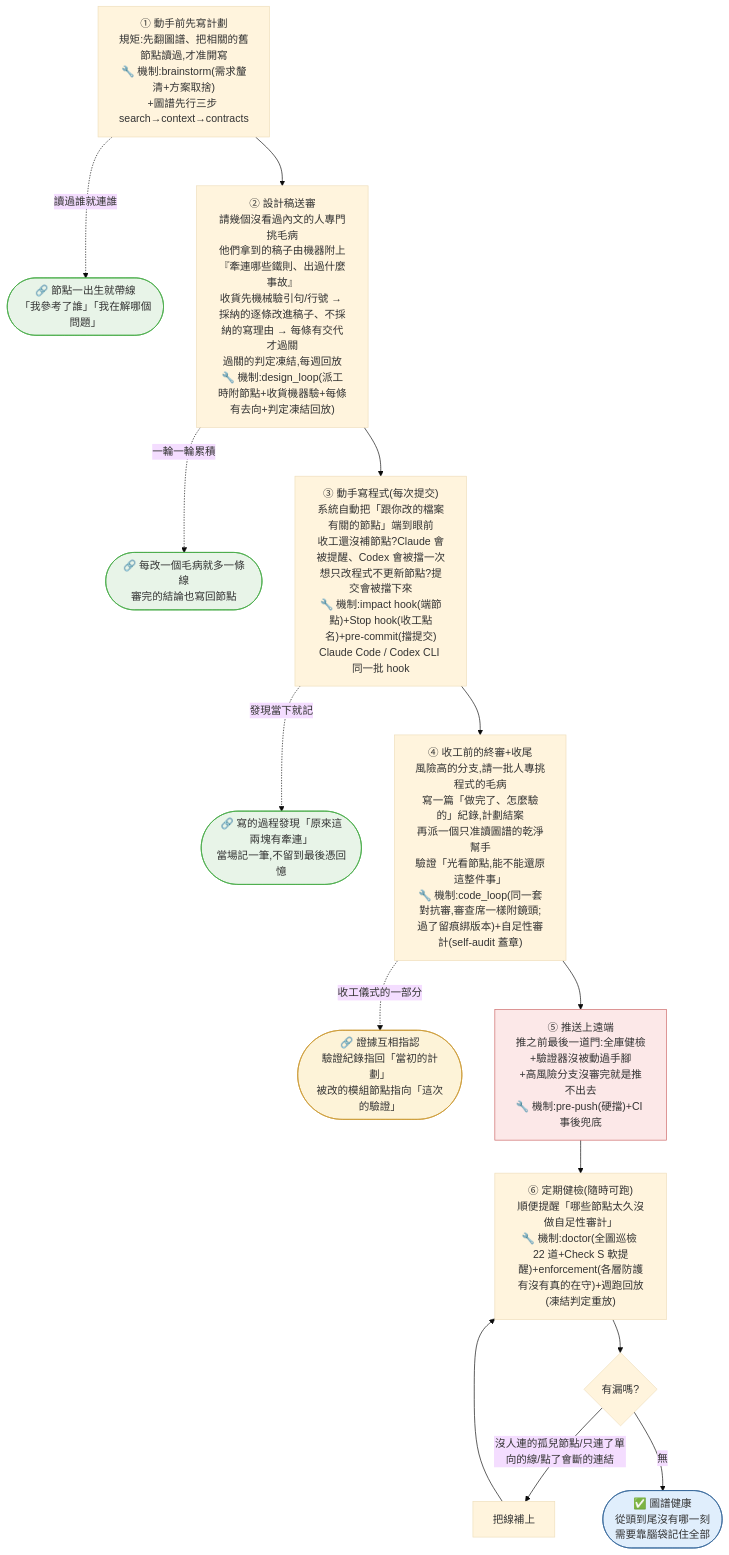
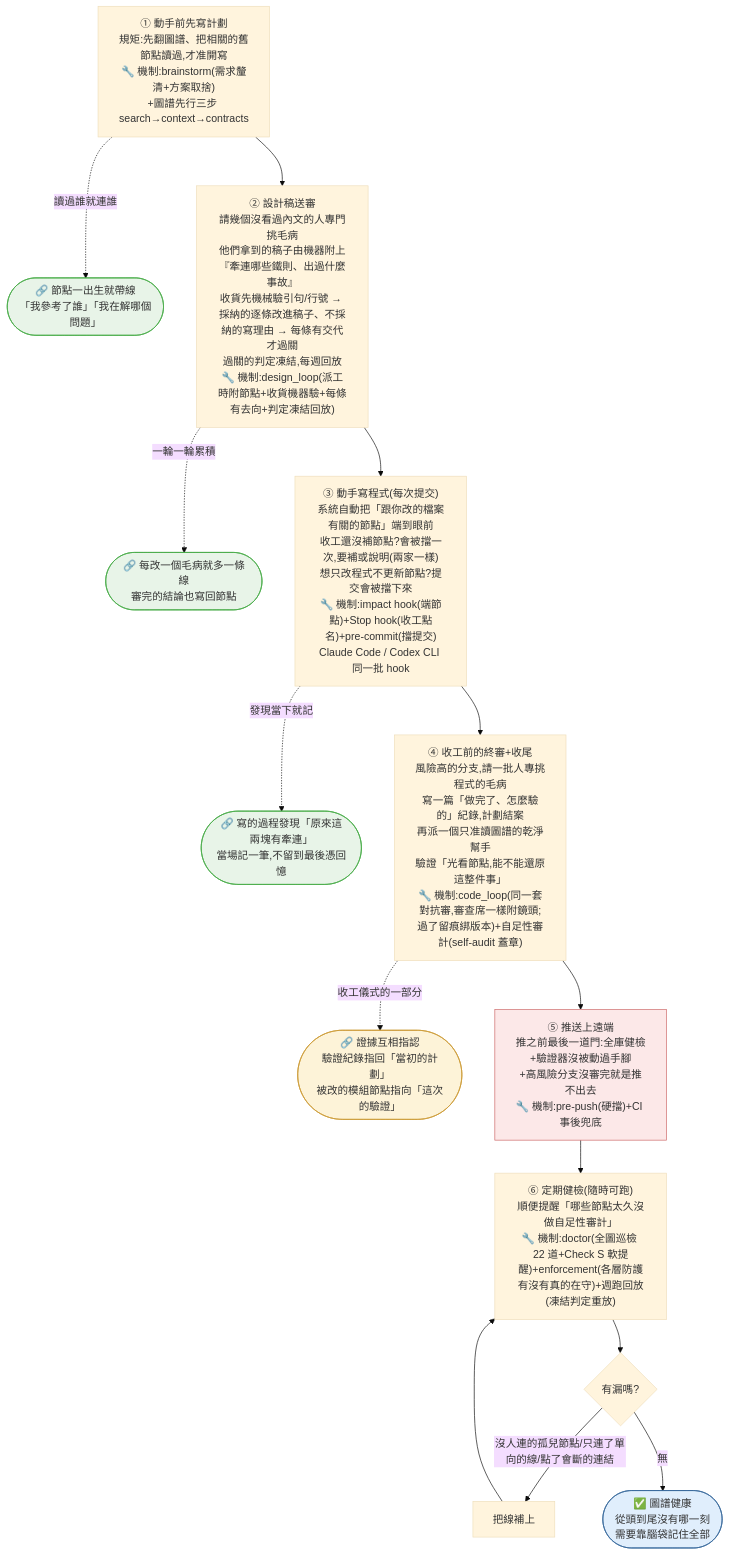
One commit to EnzoHsieh-Android/Lumos changed the diagram in docs/lumos-toolchain-knowledge/Systems/開發工作流總覽.md. Above: the diagram before and after it, drawn with Mermaid (base theme). The commit also changed other lines of this file and 20 other files, not shown here.

First line of the commit message:
fix+docs(README 審視五修): ①pre-commit/post-commit 認 shebang 腳本(scripts/lumos 五月起 26 次漏過)②收工擋一次兩家一致(Claude 舊 stderr 提醒官方文件明講模型看不到)③自主迴圈暫停派工(七週收斂 0、每週 210–330 美元;LUMOS_AUTOLOOP=1 開回)④README 中英補「成本與界線」一節⑤enforcement Codex 字句;文件與圖譜同步、兩條決策入帳

````diff
--- a/docs/lumos-toolchain-knowledge/Systems/開發工作流總覽.md
+++ b/docs/lumos-toolchain-knowledge/Systems/開發工作流總覽.md
@@ -34,34 +34,34 @@
 ```mermaid
 flowchart TD
     A["① 動手前先寫計劃<br/>規矩:先翻圖譜、把相關的舊節點讀過,才准開寫<br/>🔧 機制:brainstorm(需求釐清+方案取捨)<br/>+圖譜先行三步 search→context→contracts"]
     A1(["🔗 節點一出生就帶線<br/>「我參考了誰」「我在解哪個問題」"])
     A -.->|讀過誰就連誰| A1
 
     A --> B["② 設計稿送審<br/>請幾個沒看過內文的人專門挑毛病<br/>他們拿到的稿子由機器附上『牽連哪些鐵則、出過什麼事故』<br/>收貨先機械驗引句/行號 → 採納的逐條改進稿子、不採納的寫理由 → 每條有交代才過關<br/>過關的判定凍結,每週回放<br/>🔧 機制:design_loop(派工時附節點+收貨機器驗+每條有去向+判定凍結回放)"]
     B1(["🔗 每改一個毛病就多一條線<br/>審完的結論也寫回節點"])
     B -.->|一輪一輪累積| B1
 
-    B --> C["③ 動手寫程式(每次提交)<br/>系統自動把「跟你改的檔案有關的節點」端到眼前<br/>收工還沒補節點?Claude 會被提醒、Codex 會被擋一次<br/>想只改程式不更新節點?提交會被擋下來<br/>🔧 機制:impact hook(端節點)+Stop hook(收工點名)+pre-commit(擋提交)<br/>Claude Code / Codex CLI 同一批 hook"]
+    B --> C["③ 動手寫程式(每次提交)<br/>系統自動把「跟你改的檔案有關的節點」端到眼前<br/>收工還沒補節點?會被擋一次,要補或說明(兩家一樣)<br/>想只改程式不更新節點?提交會被擋下來<br/>🔧 機制:impact hook(端節點)+Stop hook(收工點名)+pre-commit(擋提交)<br/>Claude Code / Codex CLI 同一批 hook"]
     C1(["🔗 寫的過程發現「原來這兩塊有牽連」<br/>當場記一筆,不留到最後憑回憶"])
     C -.->|發現當下就記| C1
 
     C --> D["④ 收工前的終審+收尾<br/>風險高的分支,請一批人專挑程式的毛病<br/>寫一篇「做完了、怎麼驗的」紀錄,計劃結案<br/>再派一個只准讀圖譜的乾淨幫手<br/>驗證「光看節點,能不能還原這整件事」<br/>🔧 機制:code_loop(同一套對抗審,審查席一樣附鏡頭;過了留痕綁版本)+自足性審計(self-audit 蓋章)"]
     D1(["🔗 證據互相指認<br/>驗證紀錄指回「當初的計劃」<br/>被改的模組節點指向「這次的驗證」"])
     D -.->|收工儀式的一部分| D1
 
     D --> P["⑤ 推送上遠端<br/>推之前最後一道門:全庫健檢+驗證器沒被動過手腳<br/>+高風險分支沒審完就是推不出去<br/>🔧 機制:pre-push(硬擋)+CI 事後兜底"]
 
     P --> E["⑥ 定期健檢(隨時可跑)<br/>順便提醒「哪些節點太久沒做自足性審計」<br/>🔧 機制:doctor(全圖巡檢 22 道+Check S 軟提醒)+enforcement(各層防護有沒有真的在守)+週跑回放(凍結判定重放)"]
     F{"有漏嗎?"}
     E --> F
     F -->|"沒人連的孤兒節點/只連了單向的線/點了會斷的連結"| G["把線補上"]
     G --> E
     F -->|無| H(["✅ 圖譜健康<br/>從頭到尾沒有哪一刻<br/>需要靠腦袋記住全部"])
 
     style A1 fill:#e8f4e8,stroke:#4a4,color:#333
     style B1 fill:#e8f4e8,stroke:#4a4,color:#333
     style C1 fill:#e8f4e8,stroke:#4a4,color:#333
     style D1 fill:#fdf3d8,stroke:#c93,color:#333
     style P fill:#fce8e8,stroke:#c66,color:#333
     style H fill:#e0eefc,stroke:#369,color:#333
 ```
````
